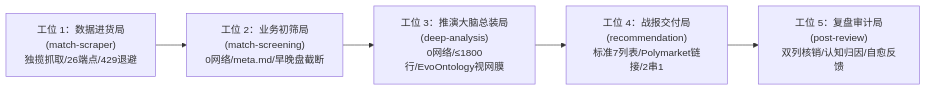
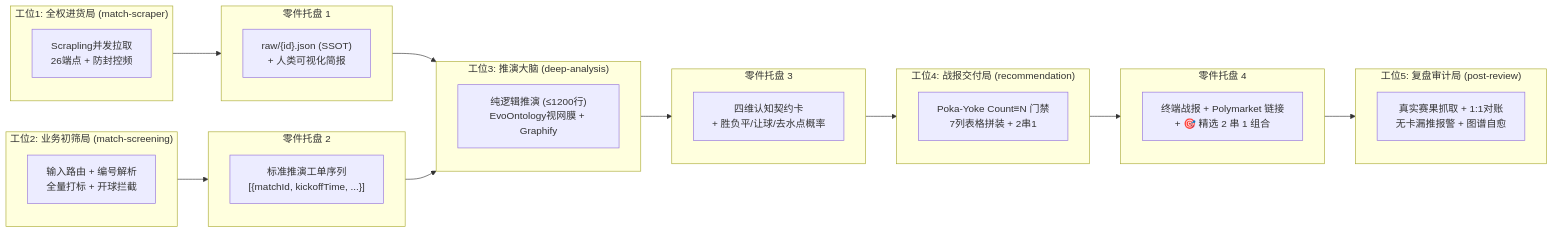
The second of 2 diagrams in AGENTS.md (i0ivi0i/supodds), drawn with Mermaid before and after one commit. The commit also changed other lines of this file and 8 other files, not shown here.

````diff
--- a/AGENTS.md
+++ b/AGENTS.md
@@ -350,7 +350,38 @@
 ```mermaid
 flowchart LR
-    S1["工位 1：数据进货局<br/>(match-scraper)<br/>独揽抓取/26端点/429退避"] --> S2["工位 2：业务初筛局<br/>(match-screening)<br/>0网络/meta.md/早晚盘截断"]
-    S2 --> S3["工位 3：推演大脑总装局<br/>(deep-analysis)<br/>0网络/≤1800行/EvoOntology视网膜"]
-    S3 --> S4["工位 4：战报交付局<br/>(recommendation)<br/>标准7列表/Polymarket链接/2串1"]
-    S4 --> S5["工位 5：复盘审计局<br/>(post-review)<br/>双列核销/认知归因/自愈反馈"]
+    subgraph W1 ["工位1: 全权进货局 (match-scraper)"]
+        S1["Scrapling并发拉取<br/>26端点 + 防封控频"]
+    end
+    subgraph T1 ["零件托盘 1"]
+        D1["raw/{id}.json (SSOT)<br/>+ 人类可视化简报"]
+    end
+    subgraph W2 ["工位2: 业务初筛局 (match-screening)"]
+        S2["输入路由 + 编号解析<br/>全量打标 + 开球拦截"]
+    end
+    subgraph T2 ["零件托盘 2"]
+        D2["标准推演工单序列<br/>[{matchId, kickoffTime, ...}]"]
+    end
+    subgraph W3 ["工位3: 推演大脑 (deep-analysis)"]
+        S3["纯逻辑推演 (≤1200行)<br/>EvoOntology视网膜 + Graphify"]
+    end
+    subgraph T3 ["零件托盘 3"]
+        D3["四维认知契约卡<br/>+ 胜负平/让球/去水点概率"]
+    end
+    subgraph W4 ["工位4: 战报交付局 (recommendation)"]
+        S4["Poka-Yoke Count≡N 门禁<br/>7列表格拼装 + 2串1"]
+    end
+    subgraph T4 ["零件托盘 4"]
+        D4["终端战报 + Polymarket 链接<br/>+ 🎯 精选 2 串 1 组合"]
+    end
+    subgraph W5 ["工位5: 复盘审计局 (post-review)"]
+        S5["真实赛果抓取 + 1:1对账<br/>无卡漏推报警 + 图谱自愈"]
+    end
+
+    W1 --> T1
+    W2 --> T2
+    T1 & T2 --> W3
+    W3 --> T3
+    T3 --> W4
+    W4 --> T4
+    T4 --> W5
 ```
````
